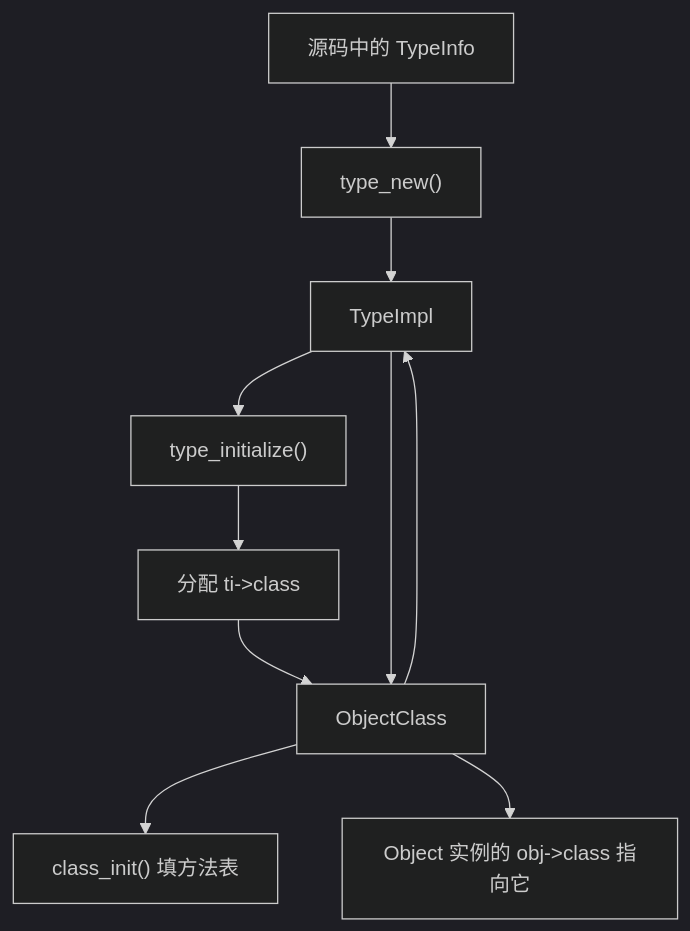
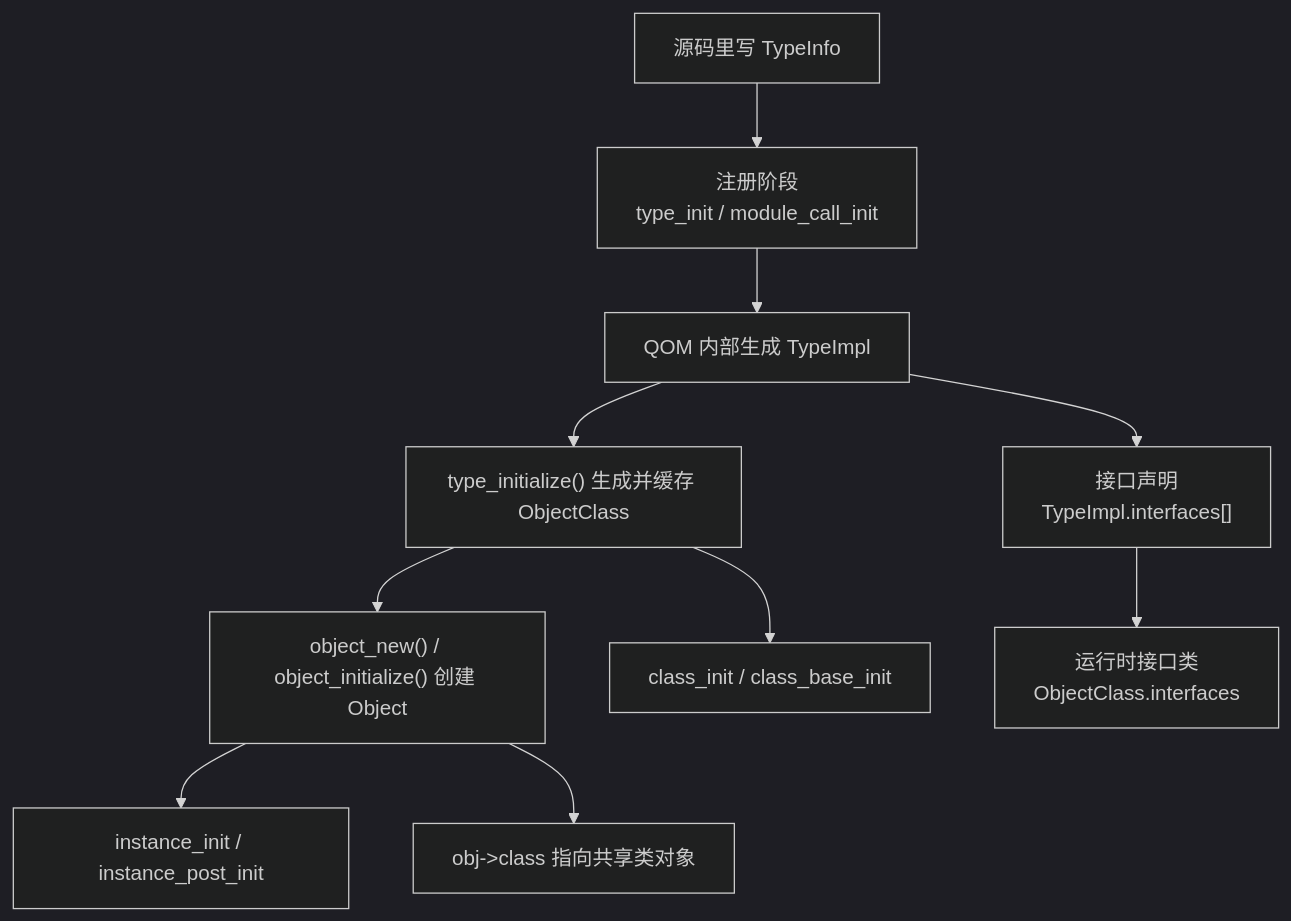
One commit to gevico/qemu-camp-2026-exper-destinyFvcker-4 changed the diagram in learning/qom/qom-object-model.md. Above: the diagram before and after it, drawn with Mermaid (dark theme). The commit also changed other lines of this file and 16 other files, not shown here.

````diff
--- a/learning/qom/qom-object-model.md
+++ b/learning/qom/qom-object-model.md
@@ -4351,12 +20,14 @@
 ```mermaid
-graph TD
-    A["源码中的 TypeInfo"] --> B["type_new()"]
-    B --> C["TypeImpl"]
-    C --> D["type_initialize()"]
-    D --> E["分配 ti->class"]
-    E --> F["ObjectClass"]
-    F --> G["class_init() 填方法表"]
-    F --> H["Object 实例的 obj->class 指向它"]
-    F --> C
-    C --> F
+flowchart TD
+    A["源码里写 TypeInfo"] --> B["注册阶段<br/>type_init / module_call_init"]
+    B --> C["QOM 内部生成 TypeImpl"]
+    C --> D["type_initialize() 生成并缓存 ObjectClass"]
+    D --> E["object_new() / object_initialize() 创建 Object"]
+
+    C --> F["接口声明<br/>TypeImpl.interfaces[]"]
+    F --> G["运行时接口类<br/>ObjectClass.interfaces"]
+
+    D --> H["class_init / class_base_init"]
+    E --> I["instance_init / instance_post_init"]
+    E --> J["obj->class 指向共享类对象"]
 ```
````
